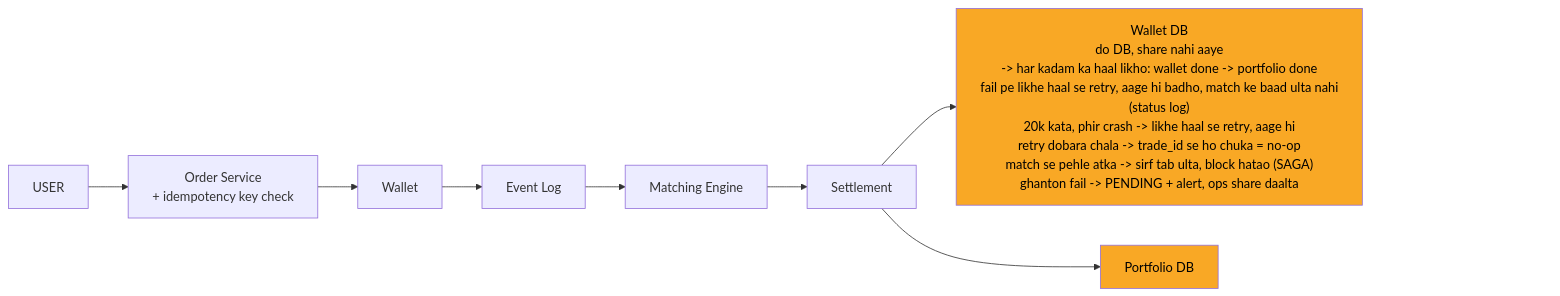
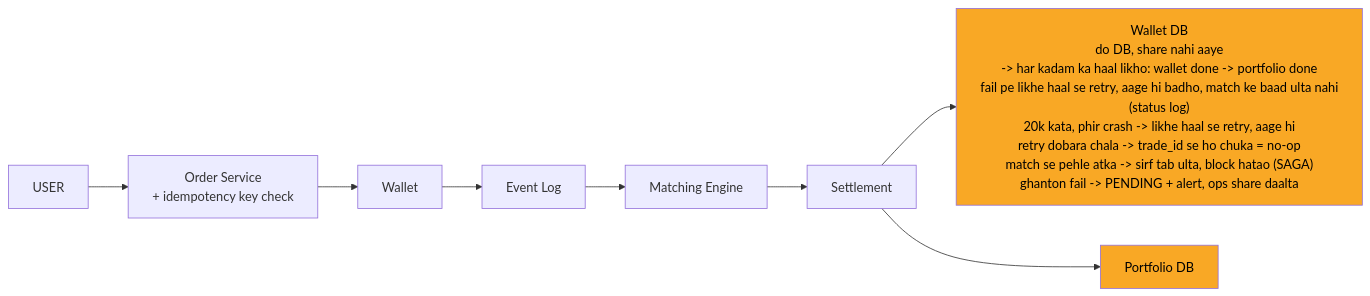
Before and after one commit to ArpanMaheshwari144/Prep: the eighth of 10 diagrams in 04_HLD/SYSTEM_DESIGNS/05_stock_broker_trading/05_stock_broker_trading.md, drawn with Mermaid. The commit also changed other lines of this file and 182 other files, not shown here.

Commit message:
hld 14 file: har diagram mermaid-cli se SVG image (source details me), n_pad hataya, render tool 04_HLD/tools

````diff
--- a/04_HLD/SYSTEM_DESIGNS/05_stock_broker_trading/05_stock_broker_trading.md
+++ b/04_HLD/SYSTEM_DESIGNS/05_stock_broker_trading/05_stock_broker_trading.md
@@ -341,24 +373,21 @@
 ```mermaid
 %%{init: {"flowchart": {"wrappingWidth": 450}}}%%
 flowchart LR
     n_USER["USER"]
     n_Order_Service["Order Service<br/>+ idempotency key check"]
     n_Wallet["Wallet"]
     n_Event_Log["Event Log"]
     n_Matching_Engine["Matching Engine"]
     n_Settlement["Settlement"]
     n_Wallet_DB["Wallet DB<br/>do DB, share nahi aaye<br/>-> har kadam ka haal likho: wallet done -> portfolio done<br/>fail pe likhe haal se retry, aage hi badho, match ke baad ulta nahi<br/>(status log)<br/>20k kata, phir crash -> likhe haal se retry, aage hi<br/>retry dobara chala -> trade_id se ho chuka = no-op<br/>match se pehle atka -> sirf tab ulta, block hatao (SAGA)<br/>ghanton fail -> PENDING + alert, ops share daalta"]
     n_Portfolio_DB["Portfolio DB"]
     n_USER --> n_Order_Service
     n_Order_Service --> n_Wallet
     n_Wallet --> n_Event_Log
     n_Event_Log --> n_Matching_Engine
     n_Matching_Engine --> n_Settlement
     n_Settlement --> n_Wallet_DB
     n_Settlement --> n_Portfolio_DB
-    n_pad["xxxxxxxxxxxxxxxx"]
-    n_Portfolio_DB ~~~ n_pad
     style n_Wallet_DB fill:#f9a825,color:#000
     style n_Portfolio_DB fill:#f9a825,color:#000
-    style n_pad fill:none,stroke:none,color:#ffffff00
 ```
````
